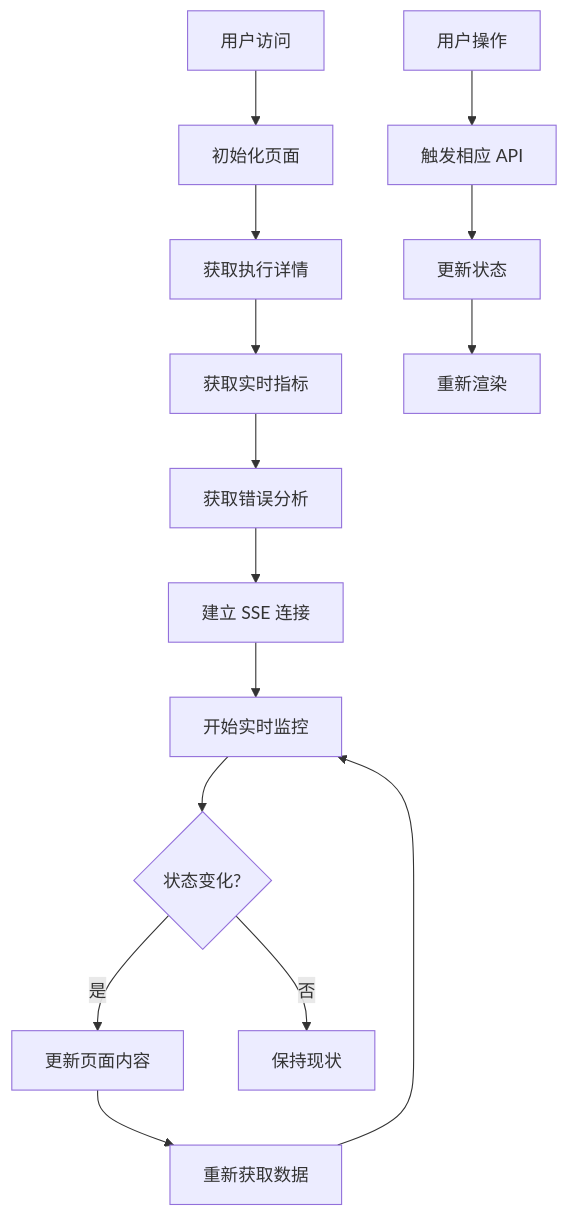
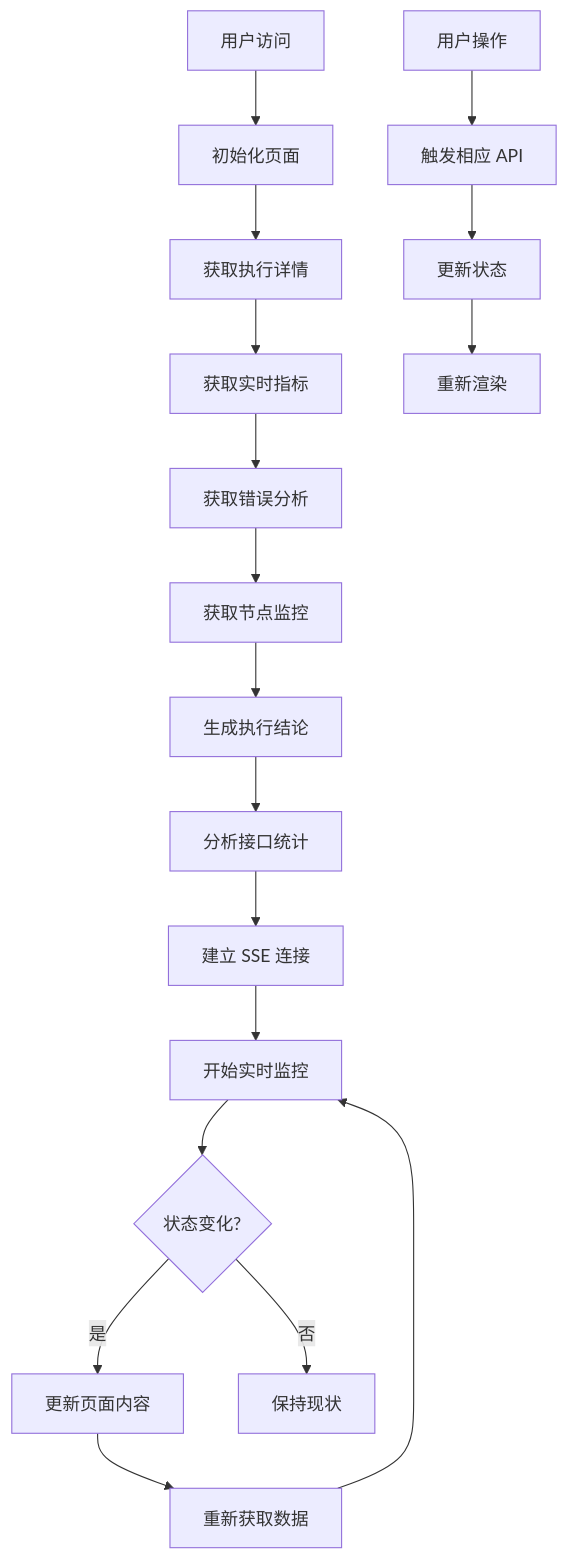
One commit to Liyuhao02/Jmeter-Admin changed the fourth of 23 diagrams in .qoder/repowiki/zh/content/Execution Detail View.md. Above: the diagram before and after it, drawn with Mermaid. The commit also changed other lines of this file and 13 other files, not shown here.

````diff
--- a/.qoder/repowiki/zh/content/Execution Detail View.md
+++ b/.qoder/repowiki/zh/content/Execution Detail View.md
@@ -192,17 +219,20 @@
 ```mermaid
 flowchart TD
 A[用户访问] --> B[初始化页面]
 B --> C[获取执行详情]
 C --> D[获取实时指标]
 D --> E[获取错误分析]
-E --> F[建立 SSE 连接]
-F --> G[开始实时监控]
-G --> H{状态变化?}
-H --> |是| I[更新页面内容]
-H --> |否| J[保持现状]
-I --> K[重新获取数据]
-K --> G
-L[用户操作] --> M[触发相应 API]
-M --> N[更新状态]
-N --> O[重新渲染]
+E --> F[获取节点监控]
+F --> G[生成执行结论]
+G --> H[分析接口统计]
+H --> I[建立 SSE 连接]
+I --> J[开始实时监控]
+J --> K{状态变化?}
+K --> |是| L[更新页面内容]
+K --> |否| M[保持现状]
+L --> N[重新获取数据]
+N --> J
+O[用户操作] --> P[触发相应 API]
+P --> Q[更新状态]
+Q --> R[重新渲染]
 ```
````
